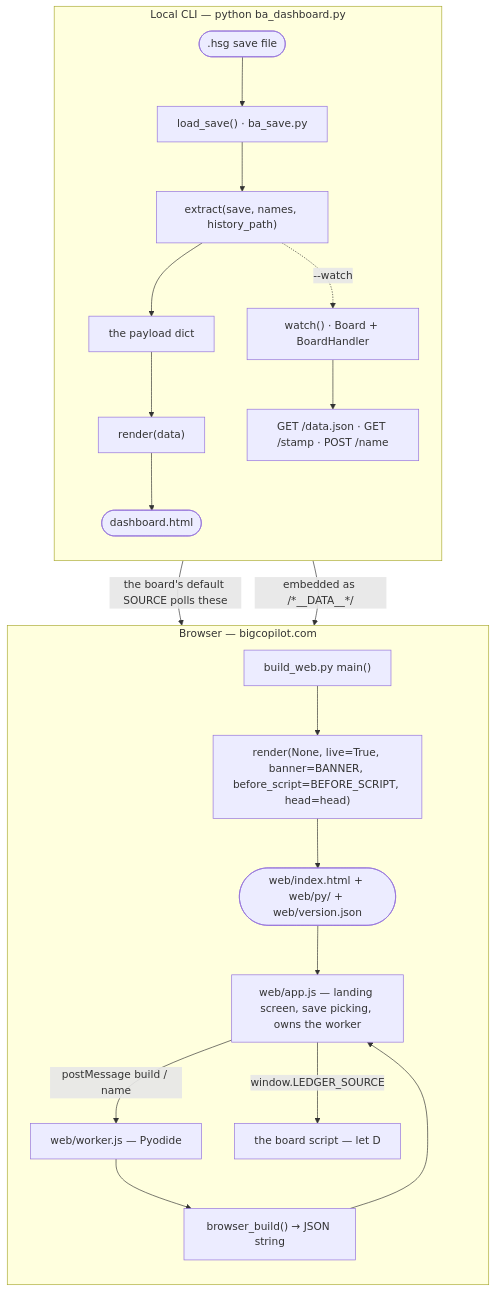
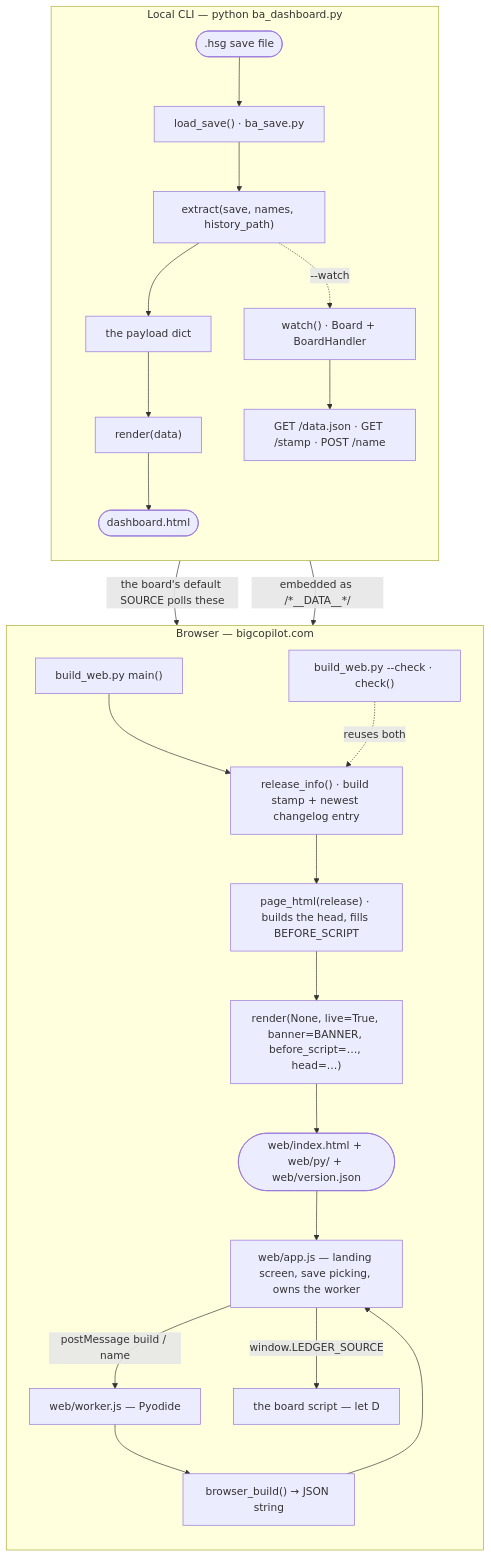
Before and after one commit to PeterHartwieg/big-copilot: the diagram in docs/architecture.md, drawn with Mermaid. The commit also changed other lines of this file and 1 other file, not shown here.

````diff
--- a/docs/architecture.md
+++ b/docs/architecture.md
@@ -11,29 +11,32 @@
 ```mermaid
 flowchart TD
   save([".hsg save file"])
 
   subgraph local["Local CLI — python ba_dashboard.py"]
     direction TB
     save --> load["load_save() · ba_save.py"]
     load --> extract["extract(save, names, history_path)"]
     extract --> payload["the payload dict"]
     payload --> renderL["render(data)"]
     renderL --> out(["dashboard.html"])
     extract -.->|"--watch"| watch["watch() · Board + BoardHandler"]
     watch --> routes["GET /data.json · GET /stamp · POST /name"]
   end
 
   subgraph web["Browser — bigcopilot.com"]
     direction TB
-    bw["build_web.py main()"] --> renderW["render(None, live=True, banner=BANNER, before_script=BEFORE_SCRIPT, head=head)"]
+    bw["build_web.py main()"] --> ri["release_info() · build stamp + newest changelog entry"]
+    ri --> ph["page_html(release) · builds the head, fills BEFORE_SCRIPT"]
+    chk["build_web.py --check · check()"] -.->|"reuses both"| ri
+    ph --> renderW["render(None, live=True, banner=BANNER, before_script=…, head=…)"]
     renderW --> index(["web/index.html + web/py/ + web/version.json"])
     index --> app["web/app.js — landing screen, save picking, owns the worker"]
     app -->|"postMessage build / name"| wk["web/worker.js — Pyodide"]
     wk --> bb["browser_build() → JSON string"]
     bb --> app
     app -->|"window.LEDGER_SOURCE"| board["the board script — let D"]
   end
 
   routes -->|"the board's default SOURCE polls these"| board
   payload -->|"embedded as /*__DATA__*/"| board
 ```
````
